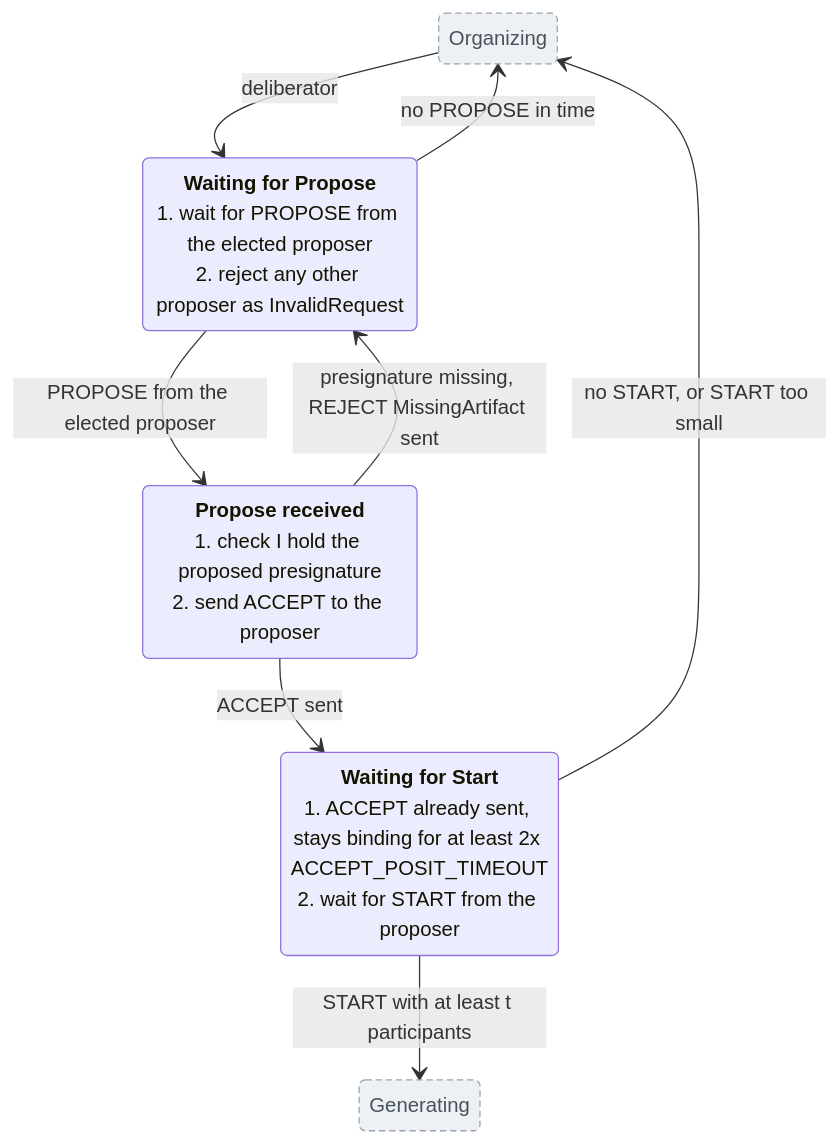
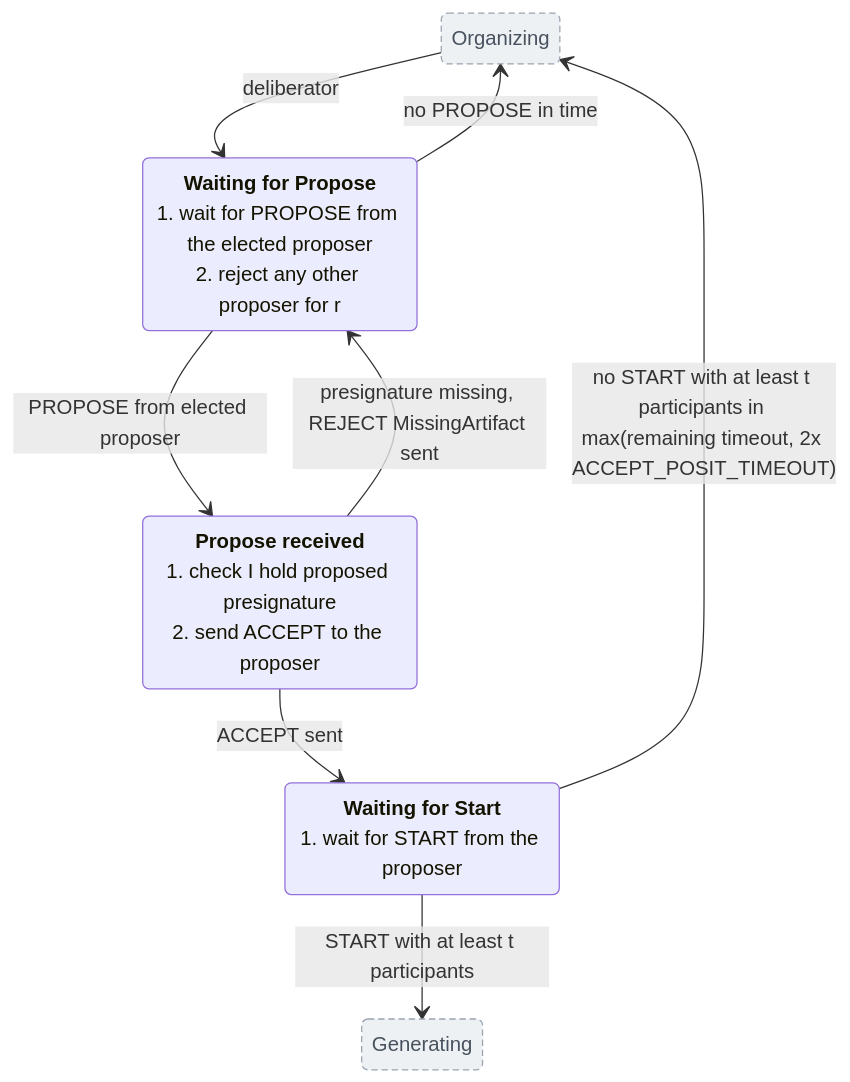
The fourth of 6 diagrams in doc/posit_state_machine.md (sig-net/mpc), drawn with Mermaid before and after one commit. The commit also changed other lines of this file, not shown here.

First line of the commit message:
docs: fix deliberator timeout bound and restore lost references

````diff
--- a/doc/posit_state_machine.md
+++ b/doc/posit_state_machine.md
@@ -126,20 +126,29 @@
 ```mermaid
 stateDiagram-v2
     state "Organizing" as OrgIn
-    state "<b>Waiting for Propose</b><br/>1. wait for PROPOSE from the elected proposer<br/>2. reject any other proposer as InvalidRequest" as WaitingForPropose
-    state "<b>Propose received</b><br/>1. check I hold the proposed presignature<br/>2. send ACCEPT to the proposer" as ProposeReceived
-    state "<b>Waiting for Start</b><br/>1. ACCEPT already sent, stays binding for at least 2x ACCEPT_POSIT_TIMEOUT<br/>2. wait for START from the proposer" as WaitingForStart
+    
+    state "<b>Waiting for Propose</b>
+    1. wait for PROPOSE from the elected proposer
+    2. reject any other proposer for r" as WaitingForPropose
+    
+    state "<b>Propose received</b>
+    1. check I hold proposed presignature
+    2. send ACCEPT to the proposer" as ProposeReceived
+    
+    state "<b>Waiting for Start</b>
+    1. wait for START from the proposer" as WaitingForStart
+    
     state "Generating" as GenOut
 
     OrgIn --> WaitingForPropose: deliberator
-    WaitingForPropose --> ProposeReceived: PROPOSE from the elected proposer
+    WaitingForPropose --> ProposeReceived: PROPOSE from elected proposer
     ProposeReceived --> WaitingForStart: ACCEPT sent
     ProposeReceived --> WaitingForPropose: presignature missing, REJECT MissingArtifact sent
     WaitingForStart --> GenOut: START with at least t participants
 
     WaitingForPropose --> OrgIn: no PROPOSE in time
-    WaitingForStart --> OrgIn: no START, or START too small
+    WaitingForStart --> OrgIn: no START with at least t participants in max(remaining timeout, 2x ACCEPT_POSIT_TIMEOUT)
 
     classDef outside fill:#eef1f4,stroke:#9aa4b0,color:#48525e,stroke-dasharray:5 3
     class OrgIn,GenOut outside
 ```
````
